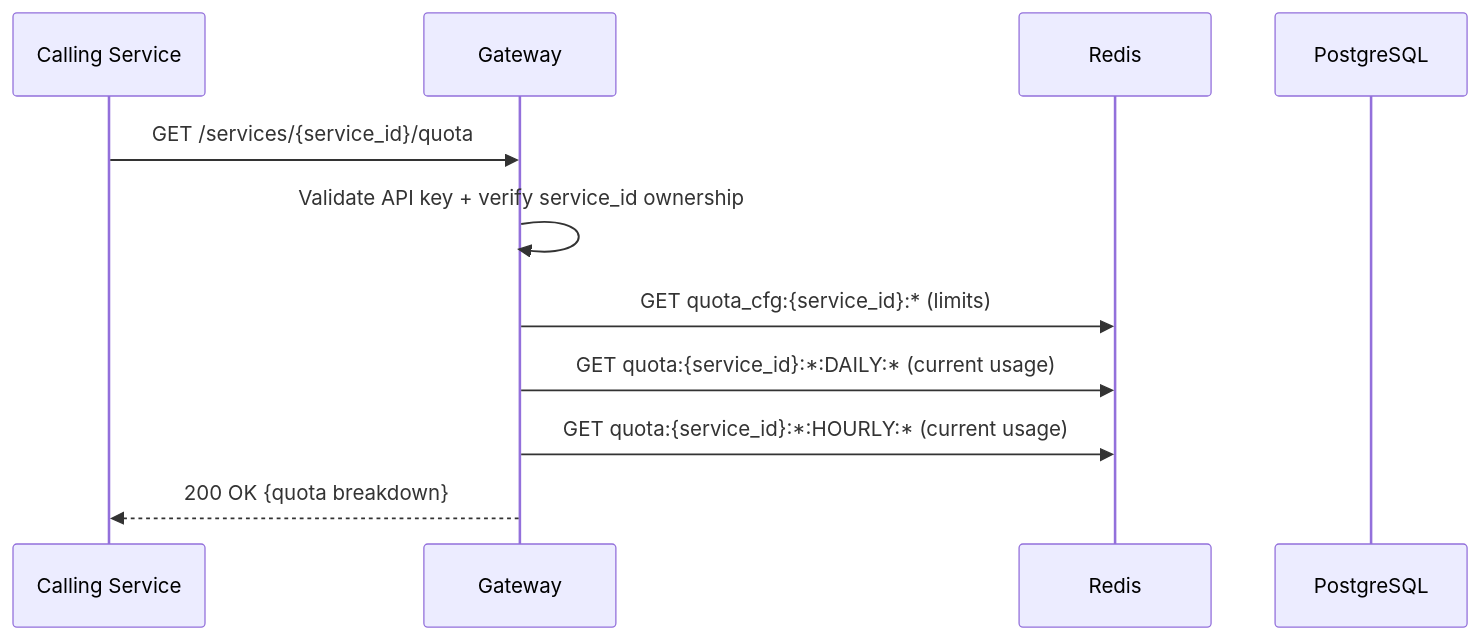
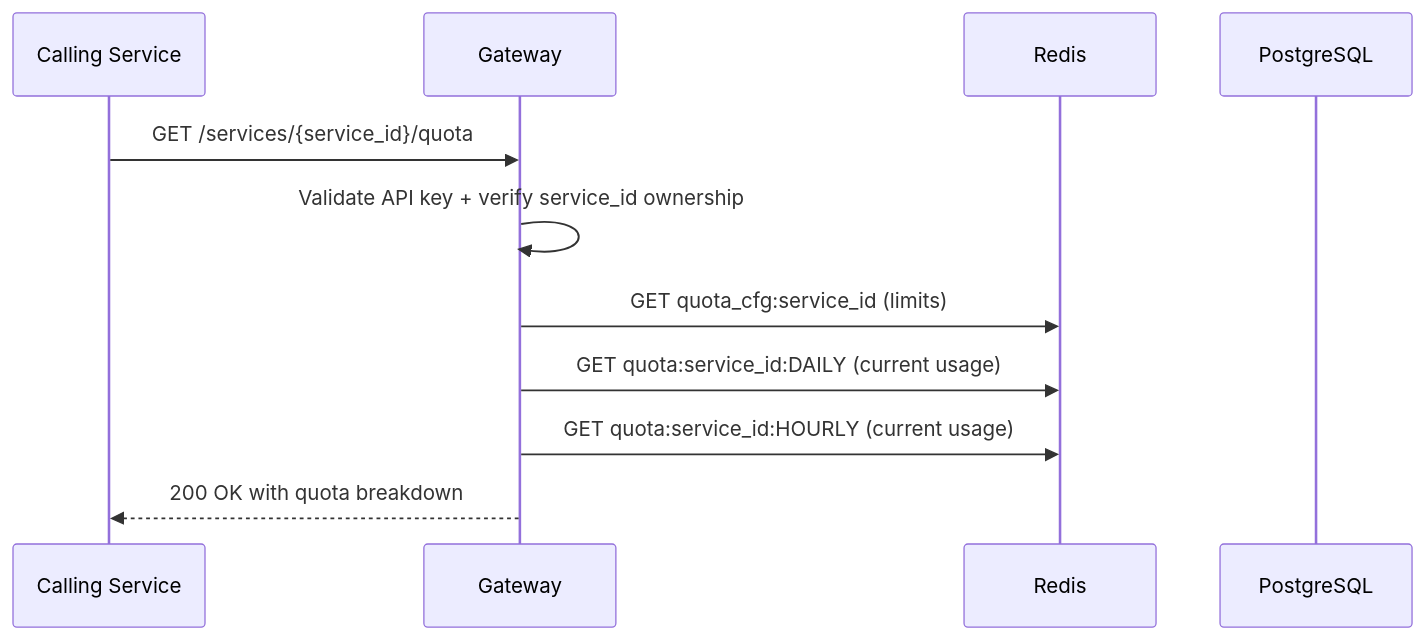
The fourth of 4 diagrams in notification-service/design/api-contracts.md (bindian0509/system-design), drawn with Mermaid before and after one commit. The commit also changed other lines of this file and 9 other files, not shown here.

Commit message:
fixing mermaid

````diff
--- a/notification-service/design/api-contracts.md
+++ b/notification-service/design/api-contracts.md
@@ -268,14 +268,14 @@
 ```mermaid
 sequenceDiagram
     participant C as Calling Service
     participant GW as Gateway
     participant Redis as Redis
     participant PG as PostgreSQL
 
     C->>GW: GET /services/{service_id}/quota
     GW->>GW: Validate API key + verify service_id ownership
-    GW->>Redis: GET quota_cfg:{service_id}:* (limits)
-    GW->>Redis: GET quota:{service_id}:*:DAILY:* (current usage)
-    GW->>Redis: GET quota:{service_id}:*:HOURLY:* (current usage)
-    GW-->>C: 200 OK {quota breakdown}
+    GW->>Redis: GET quota_cfg:service_id (limits)
+    GW->>Redis: GET quota:service_id:DAILY (current usage)
+    GW->>Redis: GET quota:service_id:HOURLY (current usage)
+    GW-->>C: 200 OK with quota breakdown
 ```
````
